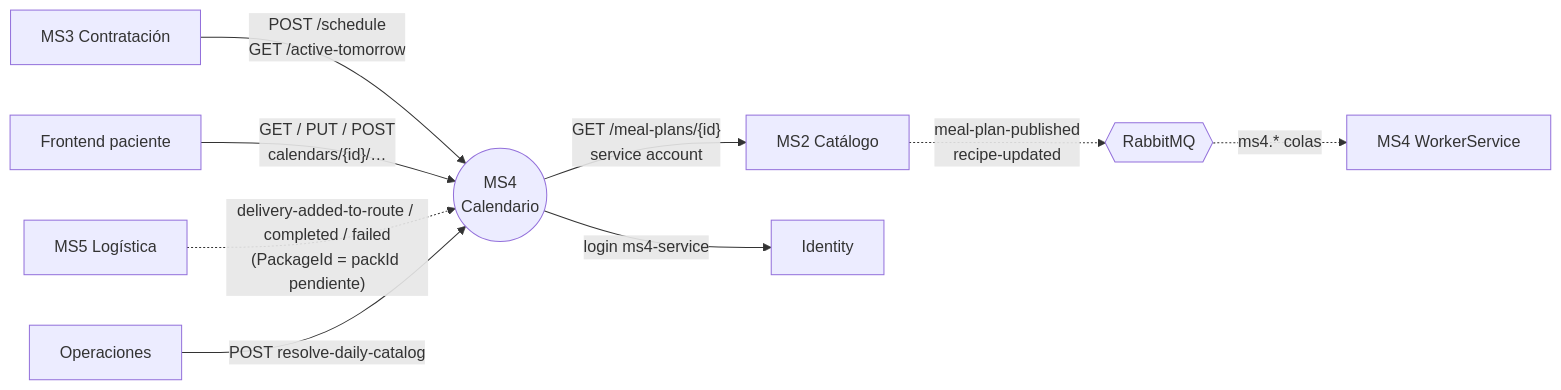
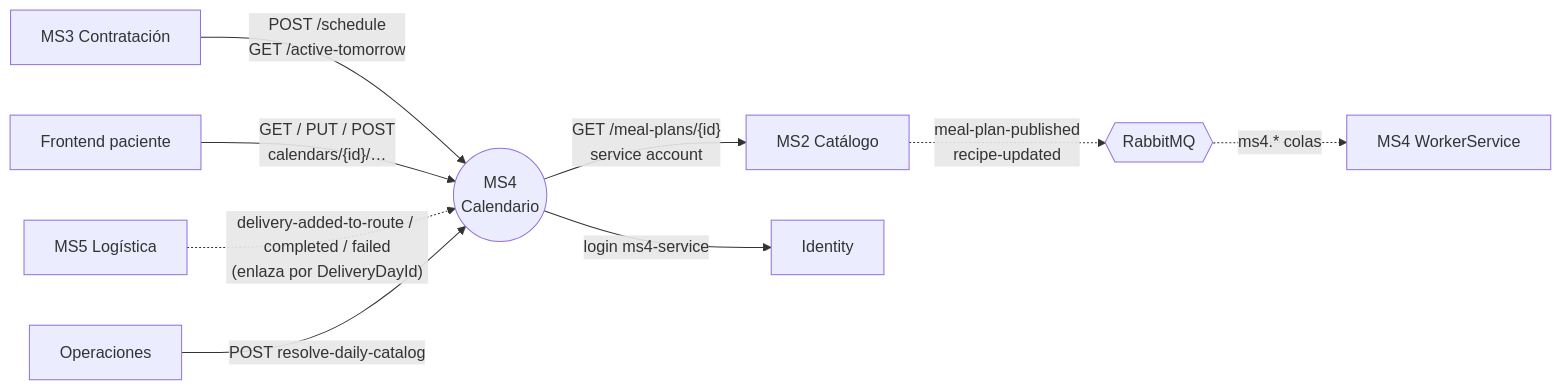
The diagram in services/ms4-delivery-calendar/README.md (Nur-tricenter/knowledge), drawn with Mermaid before and after one commit. The commit also changed other lines of this file and 14 other files, not shown here.

````diff
--- a/services/ms4-delivery-calendar/README.md
+++ b/services/ms4-delivery-calendar/README.md
@@ -36,11 +36,11 @@
 ```mermaid
 flowchart LR
   MS3[MS3 Contratación] -- "POST /schedule<br/>GET /active-tomorrow" --> MS4((MS4<br/>Calendario))
   FE[Frontend paciente] -- "GET / PUT / POST<br/>calendars/{id}/…" --> MS4
-  MS5[MS5 Logística] -. "delivery-added-to-route / completed / failed<br/>(PackageId = packId pendiente)" .-> MS4
+  MS5[MS5 Logística] -. "delivery-added-to-route / completed / failed<br/>(enlaza por DeliveryDayId)" .-> MS4
   OPS[Operaciones] -- "POST resolve-daily-catalog" --> MS4
   MS4 -- "GET /meal-plans/{id}<br/>service account" --> MS2[MS2 Catálogo]
   MS4 -- "login ms4-service" --> ID[Identity]
   MS2 -. "meal-plan-published<br/>recipe-updated" .-> MQ{{RabbitMQ}}
   MQ -. "ms4.* colas" .-> W[MS4 WorkerService]
 ```
````
